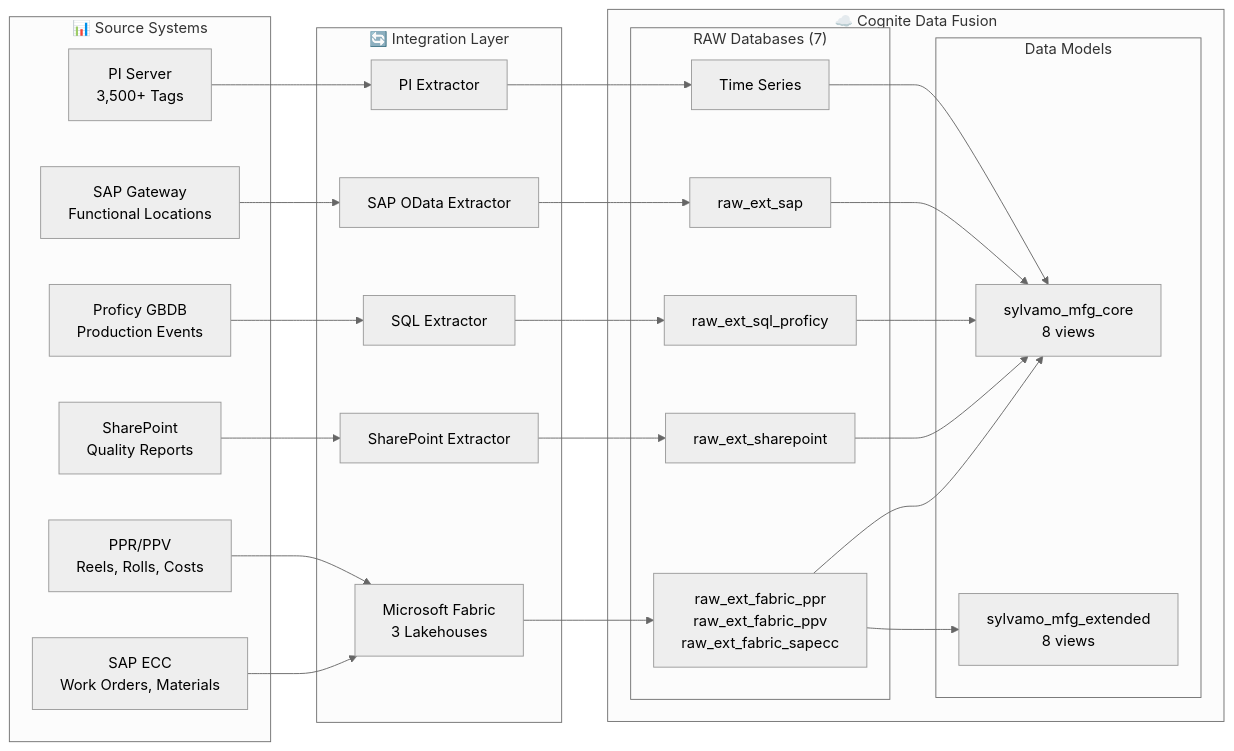
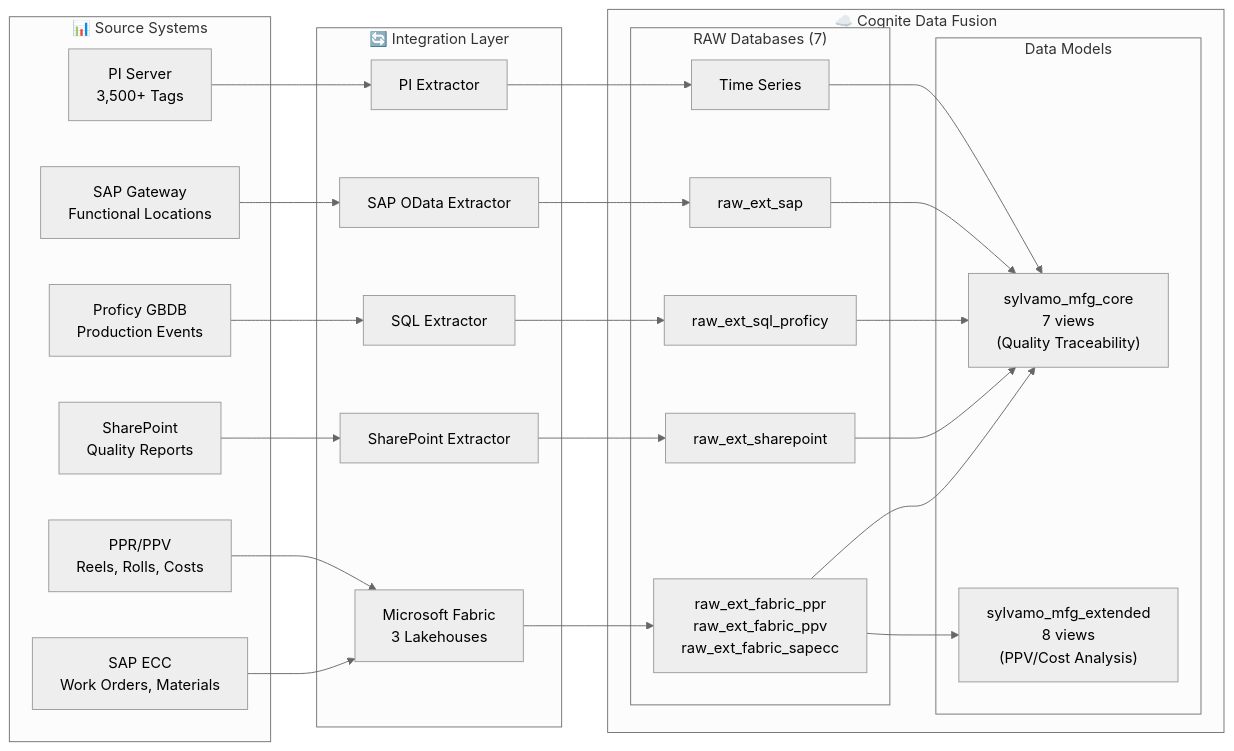
Before and after one commit to fbarsoba-cognite/sylvamo-project-documentation: the fourth of 4 diagrams in README.md, drawn with Mermaid (neutral theme). The commit also changed other lines of this file and 1 other file, not shown here.

First line of the commit message:
docs: Add corrected mfg_core data model diagram

````diff
--- a/README.md
+++ b/README.md
@@ -379,48 +386,48 @@
 ```mermaid
 flowchart LR
     subgraph Sources["📊 Source Systems"]
         SAPECC["SAP ECC<br/>Work Orders, Materials"]
         SAPGW["SAP Gateway<br/>Functional Locations"]
         PPR["PPR/PPV<br/>Reels, Rolls, Costs"]
         SP["SharePoint<br/>Quality Reports"]
         PROF["Proficy GBDB<br/>Production Events"]
         PI["PI Server<br/>3,500+ Tags"]
     end
 
     subgraph Integration["🔄 Integration Layer"]
         FAB["Microsoft Fabric<br/>3 Lakehouses"]
         SPX["SharePoint Extractor"]
         SQLX["SQL Extractor"]
         PIX["PI Extractor"]
         SAPX["SAP OData Extractor"]
     end
 
     subgraph CDF["☁️ Cognite Data Fusion"]
         subgraph RAW["RAW Databases (7)"]
             R1["raw_ext_fabric_ppr<br/>raw_ext_fabric_ppv<br/>raw_ext_fabric_sapecc"]
             R2["raw_ext_sharepoint"]
             R3["raw_ext_sql_proficy"]
             R4["raw_ext_sap"]
             TS["Time Series"]
         end
         subgraph Models["Data Models"]
-            CORE["sylvamo_mfg_core<br/>8 views"]
-            EXT["sylvamo_mfg_extended<br/>8 views"]
+            CORE["sylvamo_mfg_core<br/>7 views<br/>(Quality Traceability)"]
+            EXT["sylvamo_mfg_extended<br/>8 views<br/>(PPV/Cost Analysis)"]
         end
     end
 
     SAPECC --> FAB
     PPR --> FAB
     SAPGW --> SAPX --> R4
     FAB --> R1
     SP --> SPX --> R2
     PROF --> SQLX --> R3
     PI --> PIX --> TS
 
     R1 --> CORE
     R2 --> CORE
     R3 --> CORE
     R4 --> CORE
     TS --> CORE
     R1 --> EXT
 ```
````
